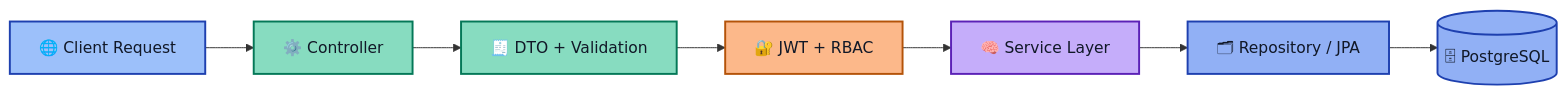
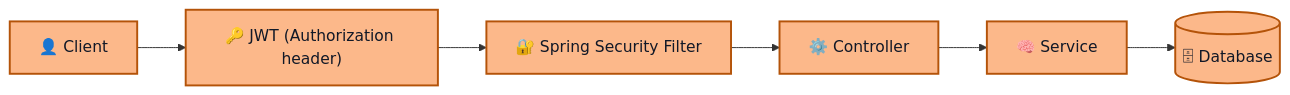
Before and after one commit to VASUSINH/PayMoney: the third of 7 diagrams in ReadMe.md, drawn with Mermaid. The commit also changed other lines of this file, not shown here.

````diff
--- a/ReadMe.md
+++ b/ReadMe.md
@@ -412,21 +273,11 @@
 ```mermaid
 flowchart LR
-    A["🌐 Client Request"] --> B["⚙️ Controller"]
-    B --> C["🧾 DTO + Validation"]
-    C --> D["🔐 JWT + RBAC"]
-    D --> E["🧠 Service Layer"]
-    E --> F["🗂 Repository / JPA"]
-    F --> G[("🗄 PostgreSQL")]
+    A["👤 Client"] --> B["🔑 JWT (Authorization header)"]
+    B --> C["🔐 Spring Security Filter"]
+    C --> D["⚙️ Controller"]
+    D --> E["🧠 Service"]
+    E --> F[("🗄 Database")]
 
-    classDef request fill:#3b82f680,stroke:#1e40af,stroke-width:2px,color:#111827;
-    classDef validation fill:#10b98180,stroke:#047857,stroke-width:2px,color:#111827;
-    classDef security fill:#f9731680,stroke:#b45309,stroke-width:2px,color:#111827;
-    classDef service fill:#8b5cf680,stroke:#5b21b6,stroke-width:2px,color:#111827;
-    classDef db fill:#2563eb80,stroke:#1e40af,stroke-width:2px,color:#111827;
-
-    class A request;
-    class B,C validation;
-    class D security;
-    class E service;
-    class F,G db;
+    classDef n fill:#f9731680,stroke:#b45309,stroke-width:2px,color:#111827;
+    class A,B,C,D,E,F n;
 ```
````
